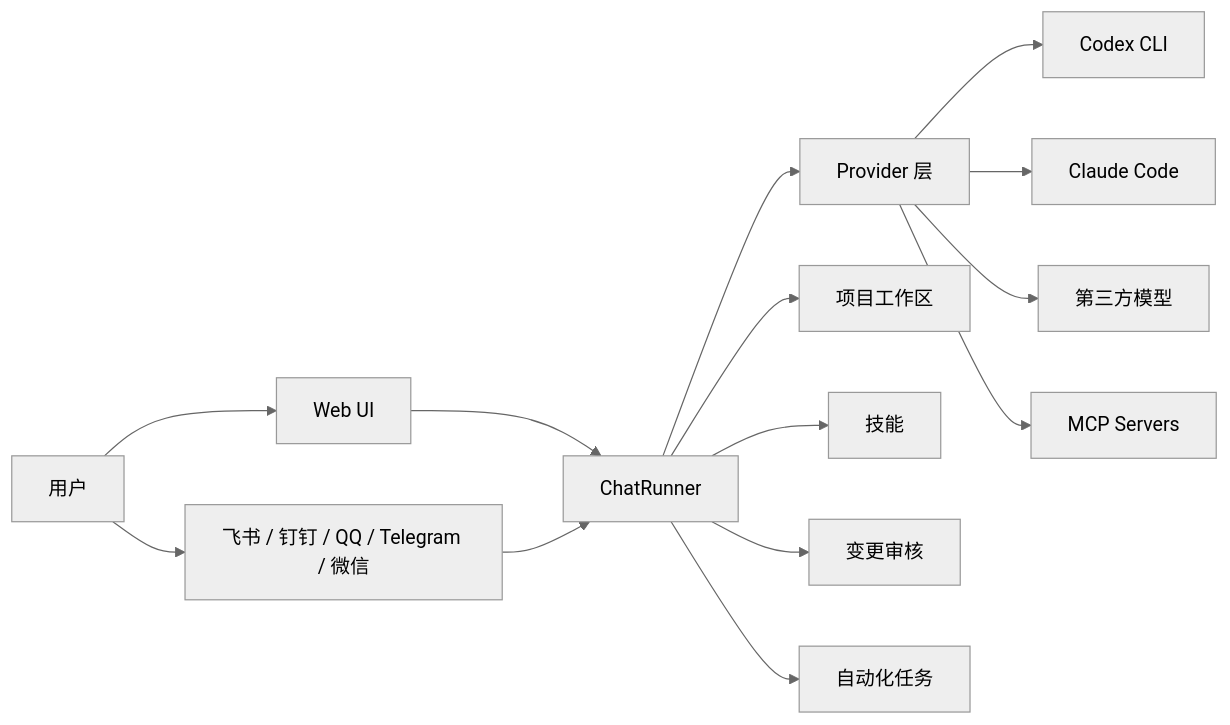
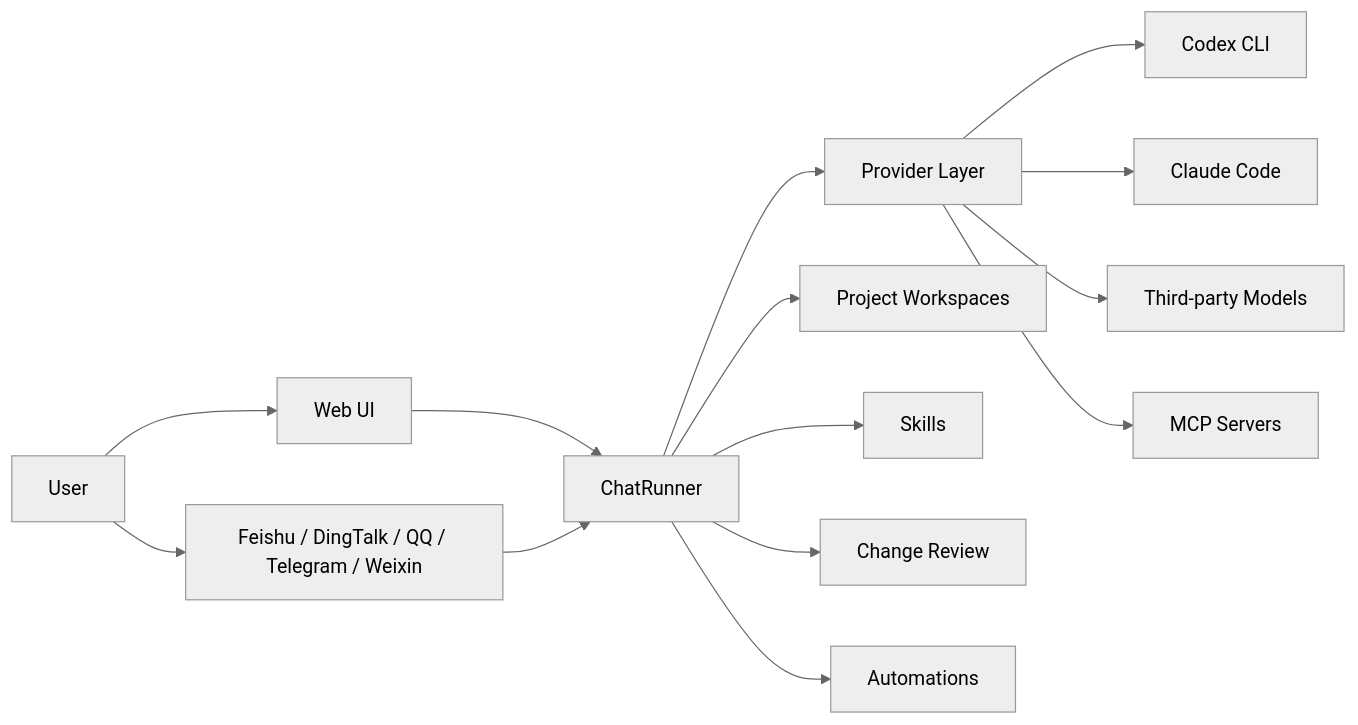
Before and after one commit to 1935417243/AnyBot: the diagram in README.md, drawn with Mermaid (neutral theme). The commit also changed other lines of this file and 3 other files, not shown here.

````diff
--- a/README.md
+++ b/README.md
@@ -51,16 +51,16 @@
 ```mermaid
 flowchart LR
-    User[用户] --> WebUI[Web UI]
-    User --> Channels[飞书 / 钉钉 / QQ / Telegram / 微信]
+    User[User] --> WebUI[Web UI]
+    User --> Channels[Feishu / DingTalk / QQ / Telegram / Weixin]
     WebUI --> Runner[ChatRunner]
     Channels --> Runner
-    Runner --> Providers[Provider 层]
+    Runner --> Providers[Provider Layer]
     Providers --> Codex[Codex CLI]
     Providers --> Claude[Claude Code]
-    Providers --> ThirdParty[第三方模型]
+    Providers --> ThirdParty[Third-party Models]
     Providers --> MCP[MCP Servers]
-    Runner --> Workspace[项目工作区]
-    Runner --> Skills[技能]
-    Runner --> Review[变更审核]
-    Runner --> Automation[自动化任务]
+    Runner --> Workspace[Project Workspaces]
+    Runner --> Skills[Skills]
+    Runner --> Review[Change Review]
+    Runner --> Automation[Automations]
 ```
````
